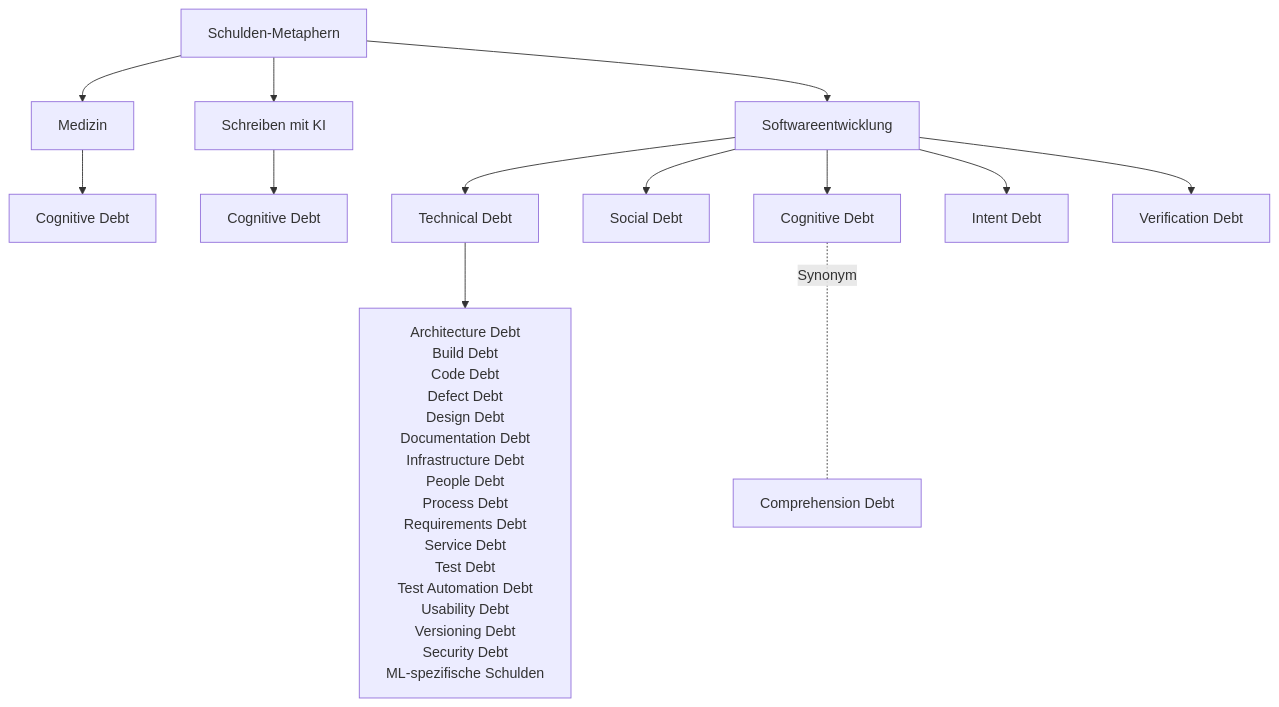
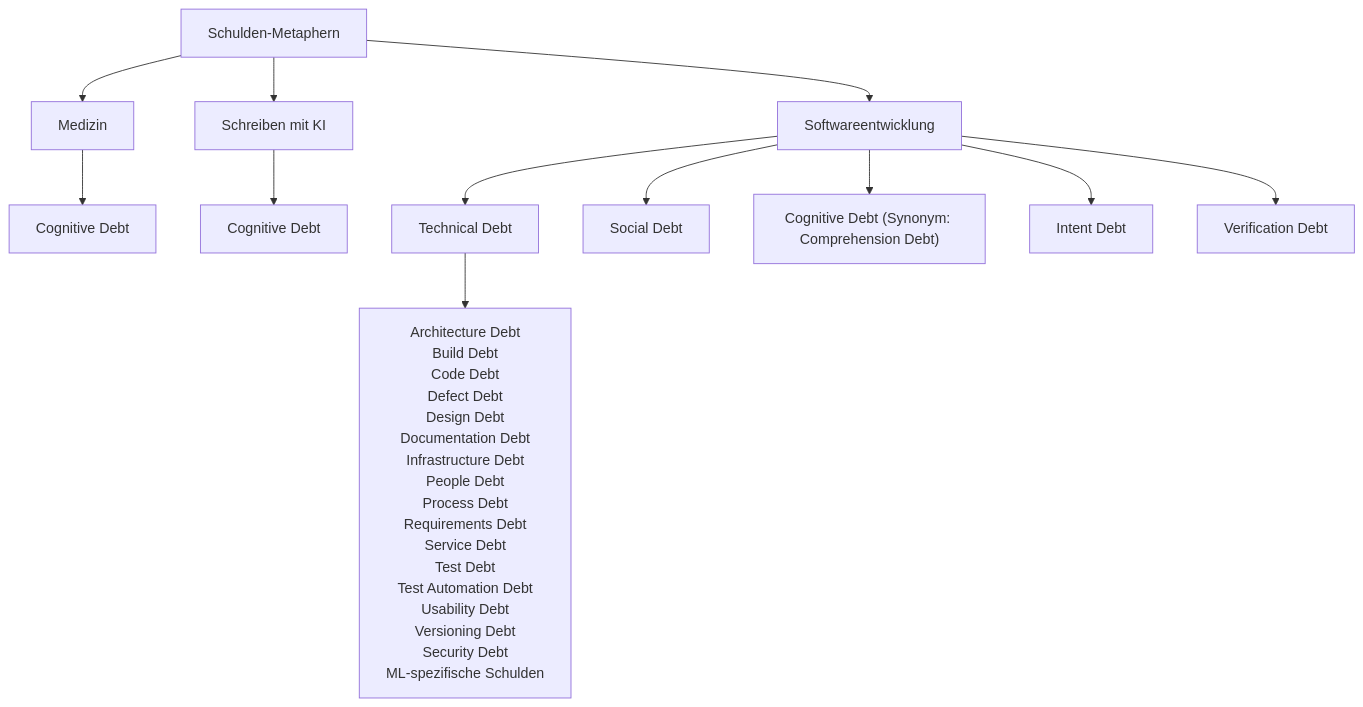
One commit to MarcellavonderWeppen/digitalgarden changed the diagram in src/site/notes/Zum Karnickelstall/1 - Final Check/Cognitive Debt.md. Above: the diagram before and after it, drawn with Mermaid.

Commit message:
Published multiple files

````diff
--- a/src/site/notes/Zum Karnickelstall/1 - Final Check/Cognitive Debt.md
+++ b/src/site/notes/Zum Karnickelstall/1 - Final Check/Cognitive Debt.md
@@ -107,21 +107,19 @@
 ```mermaid
 graph TD
   S["Schulden-Metaphern"]
 
   S --> MED["Medizin"]
   S --> LERN["Schreiben mit KI"]
   S --> SW["Softwareentwicklung"]
 
   MED --> CD1["Cognitive Debt"]
   LERN --> CD2["Cognitive Debt"]
 
   SW --> TD["Technical Debt"]
   SW --> SOC["Social Debt"]
-  SW --> CD3["Cognitive Debt"]
+  SW --> CD3["Cognitive Debt (Synonym: Comprehension Debt)"]
   SW --> ID["Intent Debt"]
   SW --> VD["Verification Debt"]
 
   TD --> TDLIST["Architecture Debt<br/>Build Debt<br/>Code Debt<br/>Defect Debt<br/>Design Debt<br/>Documentation Debt<br/>Infrastructure Debt<br/>People Debt<br/>Process Debt<br/>Requirements Debt<br/>Service Debt<br/>Test Debt<br/>Test Automation Debt<br/>Usability Debt<br/>Versioning Debt<br/>Security Debt<br/>ML-spezifische Schulden"]
-
-  CD3 -. "Synonym" .- COMP["Comprehension Debt"]
 ```
````
